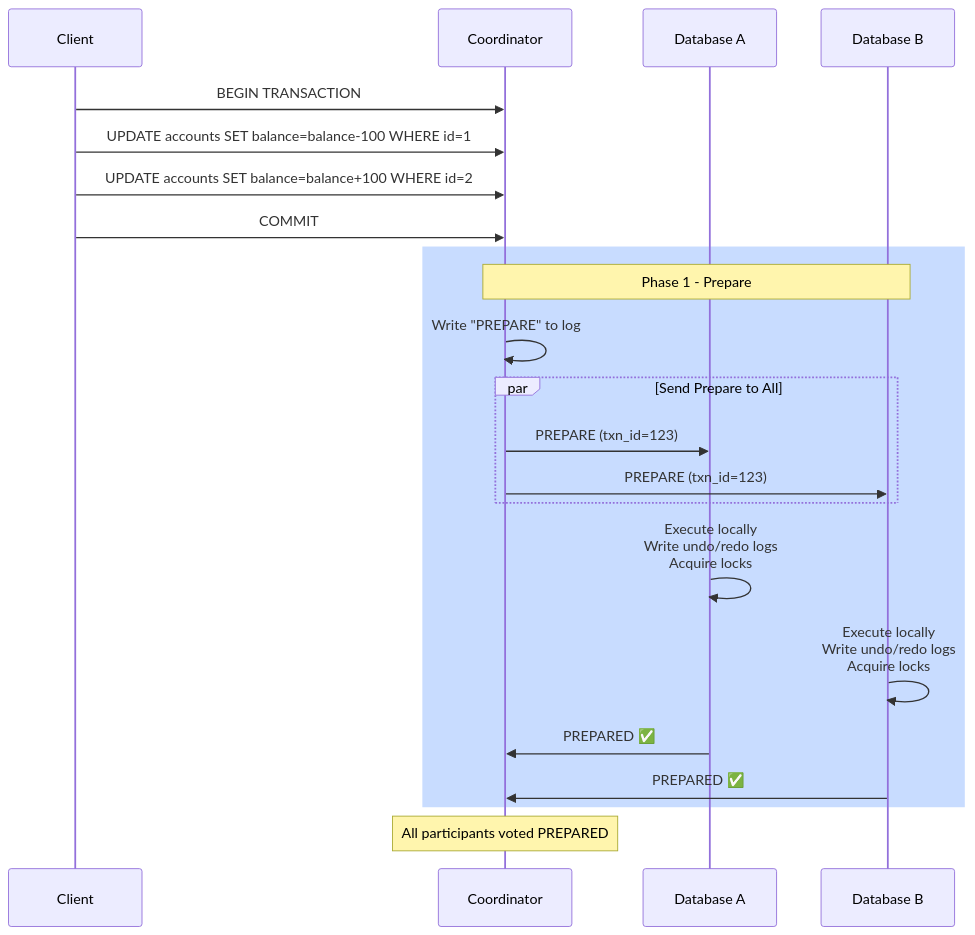
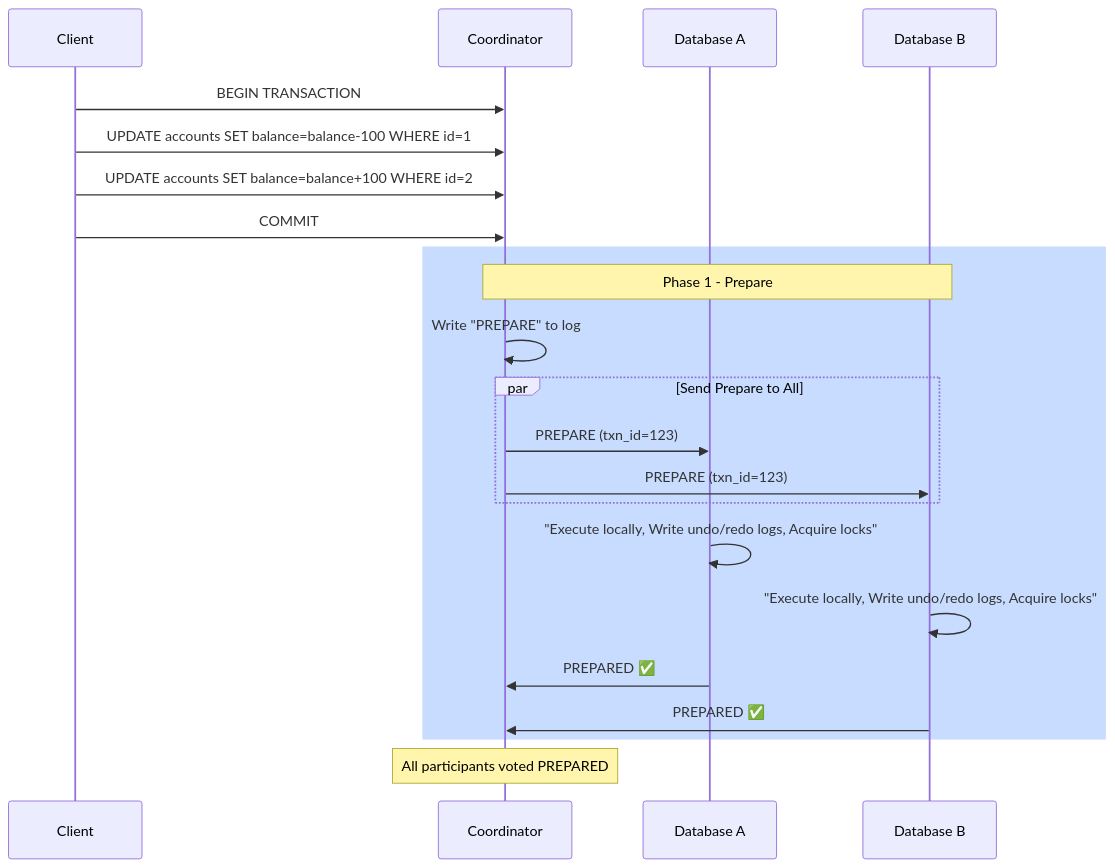
The second of 10 diagrams in Coordination/05_Two_Phase_Commit.md (Anmol33/SystemDesign), drawn with Mermaid before and after one commit. The commit also changed other lines of this file and 6 other files, not shown here.

First line of the commit message:
docs: fix Mermaid diagram syntax in coordination documents

````diff
--- a/Coordination/05_Two_Phase_Commit.md
+++ b/Coordination/05_Two_Phase_Commit.md
@@ -87,30 +87,30 @@
 ```mermaid
 sequenceDiagram
     participant Client
     participant Coord as Coordinator
     participant DB_A as Database A
     participant DB_B as Database B
     
     Client->>Coord: BEGIN TRANSACTION
     Client->>Coord: UPDATE accounts SET balance=balance-100 WHERE id=1
     Client->>Coord: UPDATE accounts SET balance=balance+100 WHERE id=2
     Client->>Coord: COMMIT
     
     rect rgb(200, 220, 255)
         Note over Coord,DB_B: Phase 1 - Prepare
         Coord->>Coord: Write "PREPARE" to log
         
         par Send Prepare to All
             Coord->>DB_A: PREPARE (txn_id=123)
             Coord->>DB_B: PREPARE (txn_id=123)
         end
         
-        DB_A->>DB_A: Execute locally<br/>Write undo/redo logs<br/>Acquire locks
-        DB_B->>DB_B: Execute locally<br/>Write undo/redo logs<br/>Acquire locks
+        DB_A->>DB_A: "Execute locally, Write undo/redo logs, Acquire locks"
+        DB_B->>DB_B: "Execute locally, Write undo/redo logs, Acquire locks"
         
         DB_A->>Coord: PREPARED ✅
         DB_B->>Coord: PREPARED ✅
     end
     
     Note over Coord: All participants voted PREPARED
 ```
````
